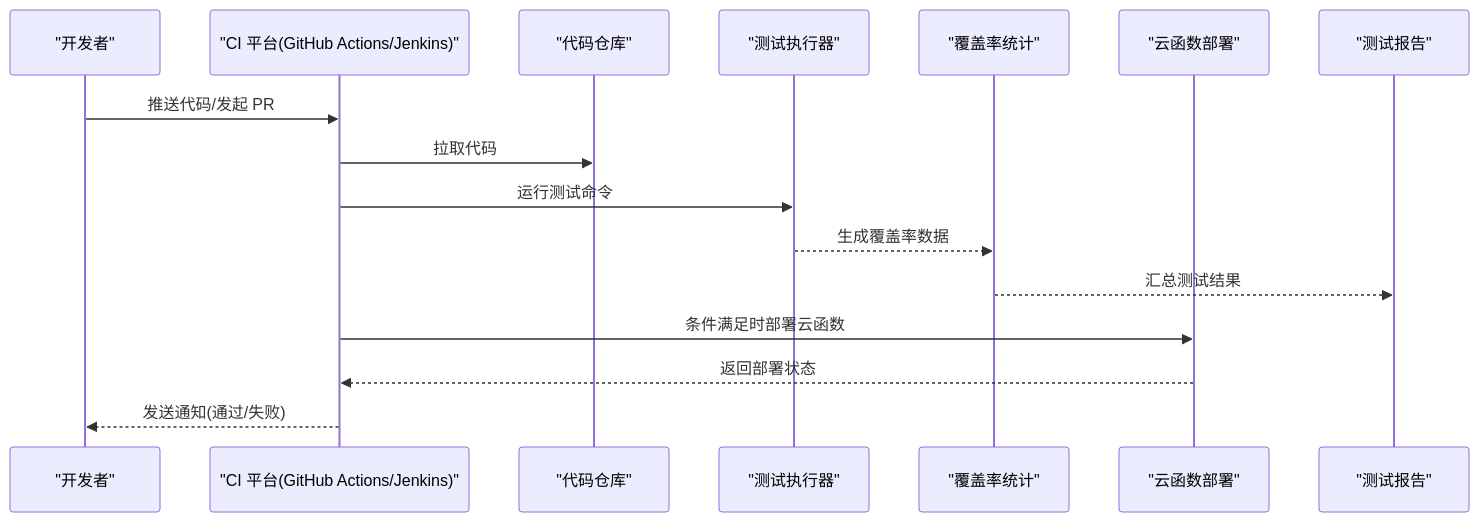
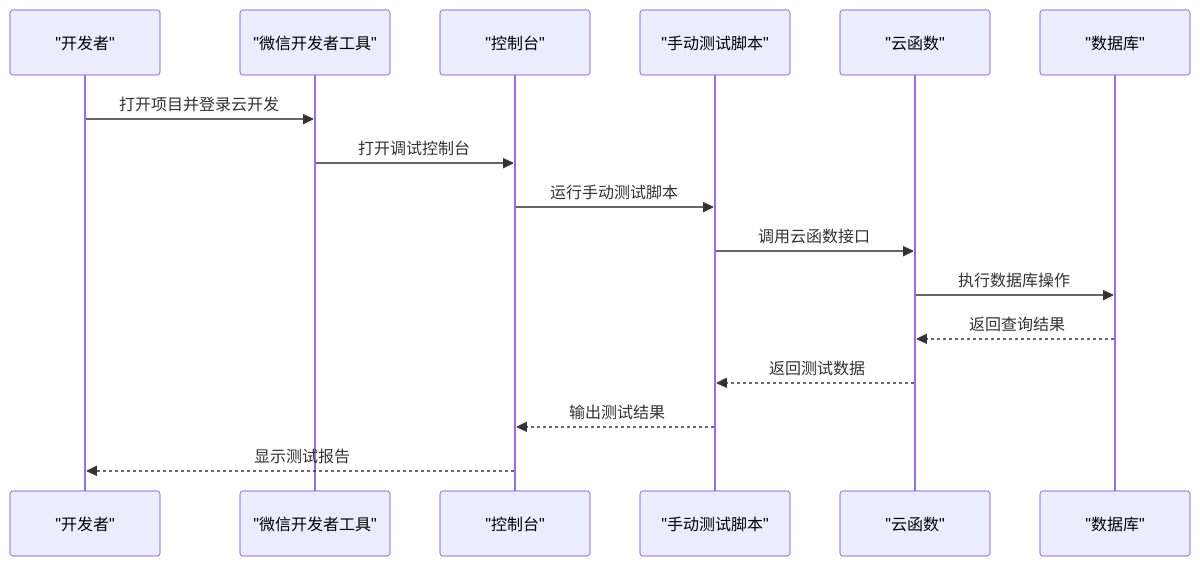
The second of 3 diagrams in .qoder/repowiki/zh/content/测试策略/自动化测试.md (zhangxin19911211-creator/Project_BabyAssistant), drawn with Mermaid before and after one commit. The commit also changed other lines of this file and 24 other files, not shown here.

````diff
--- a/.qoder/repowiki/zh/content/测试策略/自动化测试.md
+++ b/.qoder/repowiki/zh/content/测试策略/自动化测试.md
@@ -87,18 +97,18 @@
 ```mermaid
 sequenceDiagram
 participant Dev as "开发者"
-participant CI as "CI 平台(GitHub Actions/Jenkins)"
-participant Repo as "代码仓库"
-participant Test as "测试执行器"
-participant Cov as "覆盖率统计"
-participant Deploy as "云函数部署"
-participant Report as "测试报告"
-Dev->>CI : 推送代码/发起 PR
-CI->>Repo : 拉取代码
-CI->>Test : 运行测试命令
-Test-->>Cov : 生成覆盖率数据
-Cov-->>Report : 汇总测试结果
-CI->>Deploy : 条件满足时部署云函数
-Deploy-->>CI : 返回部署状态
-CI-->>Dev : 发送通知(通过/失败)
+participant IDE as "微信开发者工具"
+participant Console as "控制台"
+participant Test as "手动测试脚本"
+participant Cloud as "云函数"
+participant DB as "数据库"
+Dev->>IDE : 打开项目并登录云开发
+IDE->>Console : 打开调试控制台
+Console->>Test : 运行手动测试脚本
+Test->>Cloud : 调用云函数接口
+Cloud->>DB : 执行数据库操作
+DB-->>Cloud : 返回查询结果
+Cloud-->>Test : 返回测试数据
+Test-->>Console : 输出测试结果
+Console-->>Dev : 显示测试报告
 ```
````
